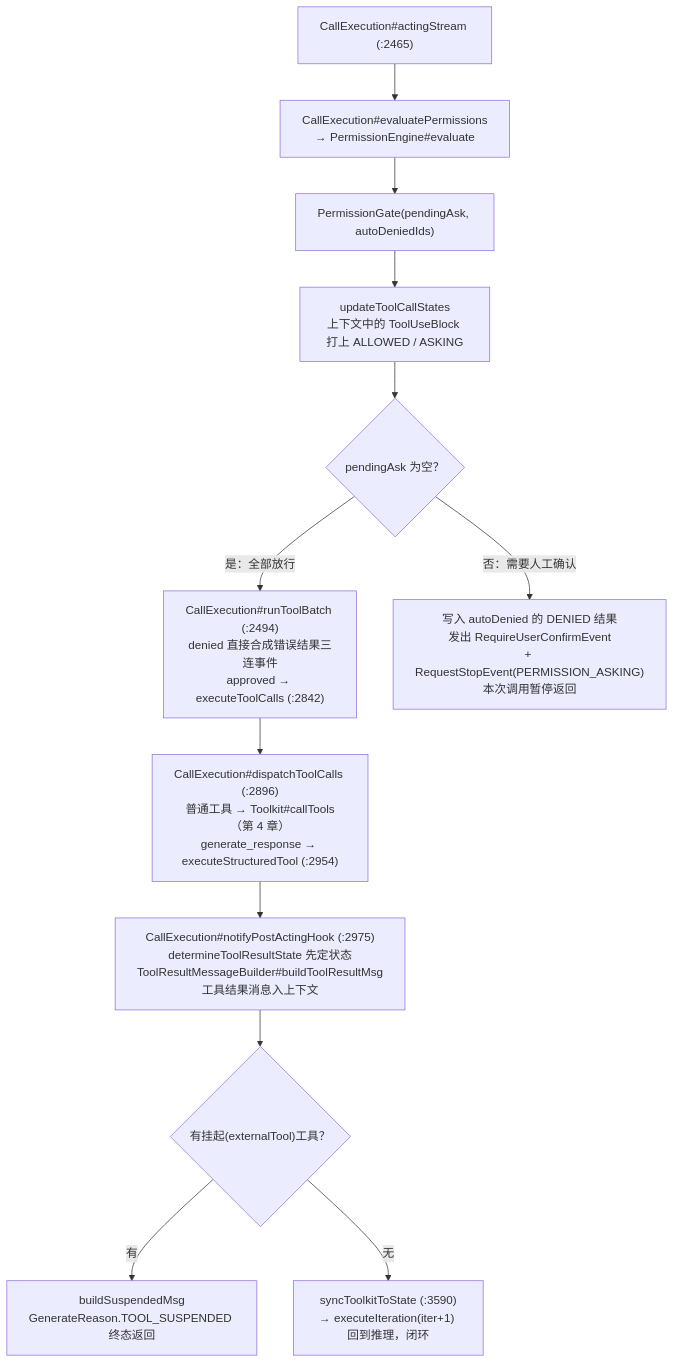
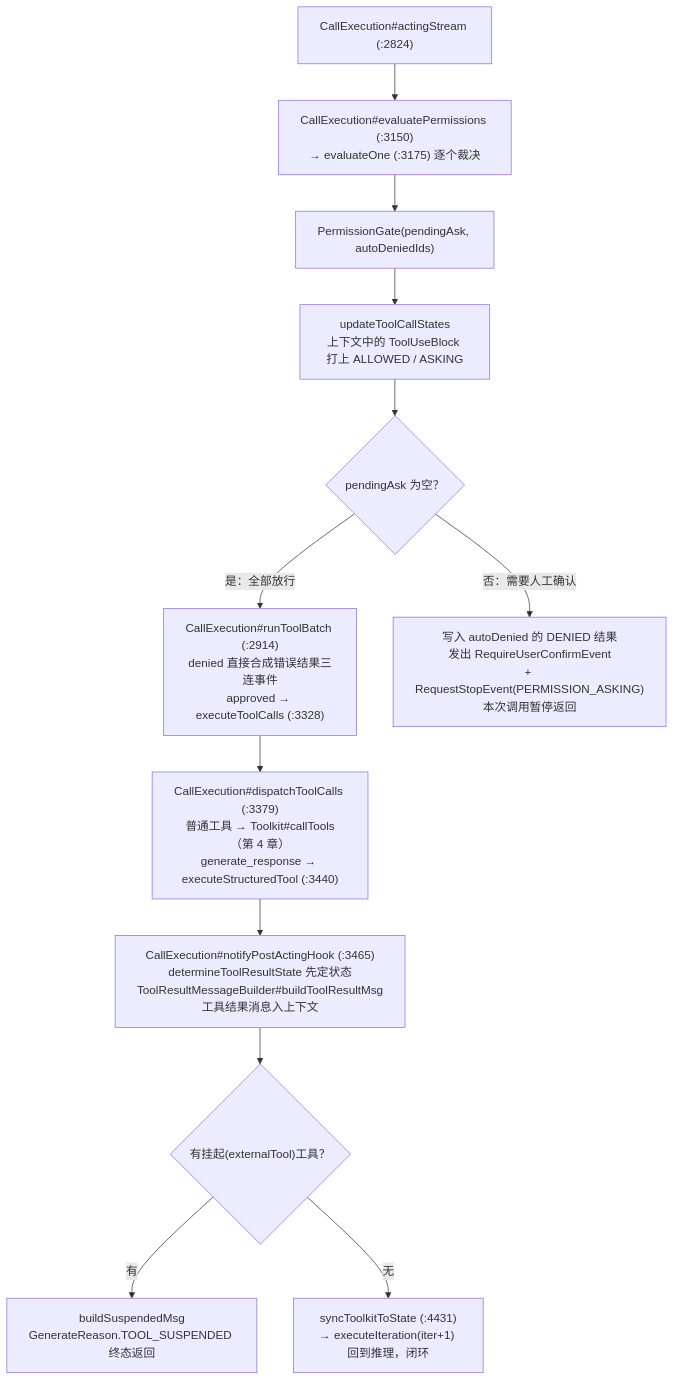
Before and after one commit to liulangjietou/AgentScope-source-analysis: the third of 4 diagrams in 03-ReAct主循环.md, drawn with Mermaid. The commit also changed other lines of this file and 10 other files, not shown here.

````diff
--- a/03-ReAct主循环.md
+++ b/03-ReAct主循环.md
@@ -134,14 +152,14 @@
 ```mermaid
 flowchart TB
-    START["CallExecution#actingStream (:2465)"] --> EVAL["CallExecution#evaluatePermissions<br/>→ PermissionEngine#evaluate"]
+    START["CallExecution#actingStream (:2824)"] --> EVAL["CallExecution#evaluatePermissions (:3150)<br/>→ evaluateOne (:3175) 逐个裁决"]
     EVAL --> GATE["PermissionGate(pendingAsk, autoDeniedIds)"]
     GATE --> UPD["updateToolCallStates<br/>上下文中的 ToolUseBlock 打上 ALLOWED / ASKING"]
     UPD --> Q{"pendingAsk 为空？"}
-    Q -->|"是：全部放行"| RUN["CallExecution#runToolBatch (:2494)<br/>denied 直接合成错误结果三连事件<br/>approved → executeToolCalls (:2842)"]
+    Q -->|"是：全部放行"| RUN["CallExecution#runToolBatch (:2914)<br/>denied 直接合成错误结果三连事件<br/>approved → executeToolCalls (:3328)"]
     Q -->|"否：需要人工确认"| ASK["写入 autoDenied 的 DENIED 结果<br/>发出 RequireUserConfirmEvent<br/>+ RequestStopEvent(PERMISSION_ASKING)<br/>本次调用暂停返回"]
-    RUN --> DISPATCH["CallExecution#dispatchToolCalls (:2896)<br/>普通工具 → Toolkit#callTools（第 4 章）<br/>generate_response → executeStructuredTool (:2954)"]
-    DISPATCH --> POST["CallExecution#notifyPostActingHook (:2975)<br/>determineToolResultState 先定状态<br/>ToolResultMessageBuilder#buildToolResultMsg<br/>工具结果消息入上下文"]
+    RUN --> DISPATCH["CallExecution#dispatchToolCalls (:3379)<br/>普通工具 → Toolkit#callTools（第 4 章）<br/>generate_response → executeStructuredTool (:3440)"]
+    DISPATCH --> POST["CallExecution#notifyPostActingHook (:3465)<br/>determineToolResultState 先定状态<br/>ToolResultMessageBuilder#buildToolResultMsg<br/>工具结果消息入上下文"]
     POST --> NEXT{"有挂起(externalTool)工具？"}
     NEXT -->|"有"| SUSP["buildSuspendedMsg<br/>GenerateReason.TOOL_SUSPENDED 终态返回"]
-    NEXT -->|"无"| ITER["syncToolkitToState (:3590)<br/>→ executeIteration(iter+1) 回到推理，闭环"]
+    NEXT -->|"无"| ITER["syncToolkitToState (:4431)<br/>→ executeIteration(iter+1) 回到推理，闭环"]
 ```
````
